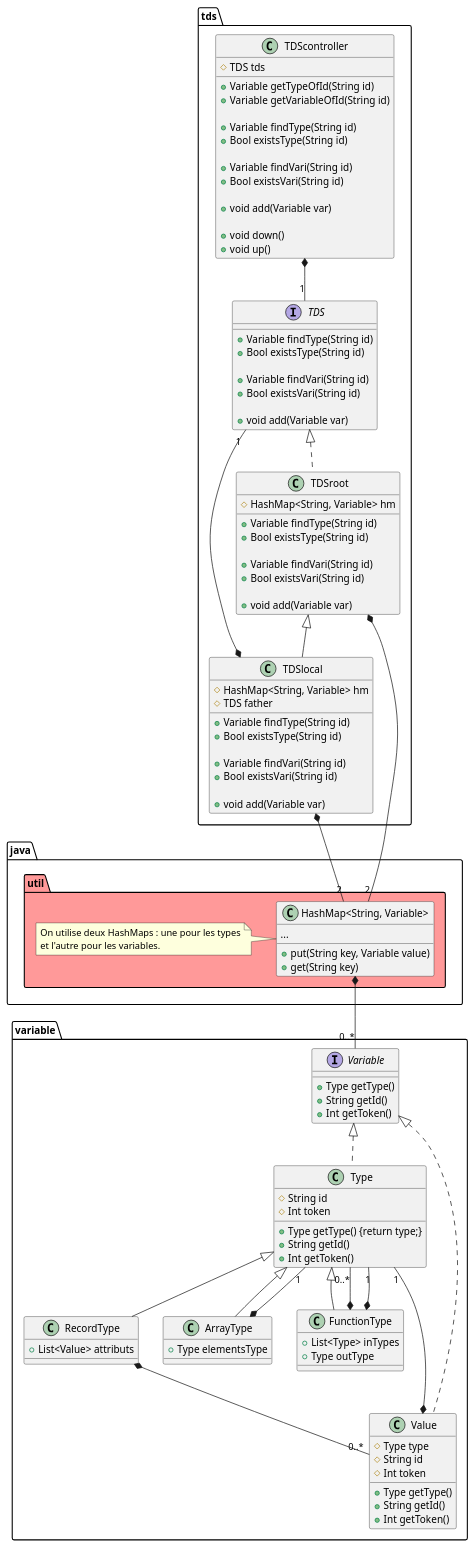
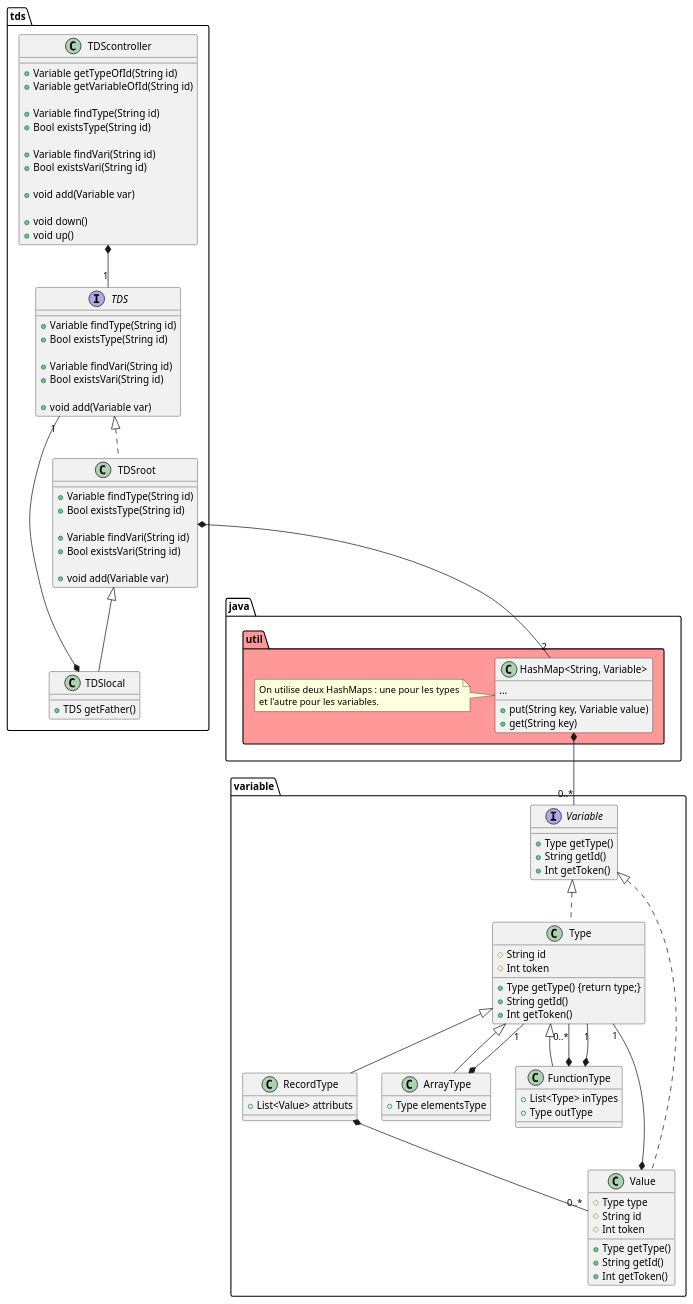
The diagram in AntlrMavenProject/chaoscompiler/src/main/java/eu/tn/chaoscompiler/tdstool/README.figures/TDS.puml (Tiger-compiler-team-2023/tiger-compiler), drawn with PlantUML before and after one commit. The commit also changed 1 other file, not shown here.

Commit message:
[FIX] Clarification sur le diagramme de classes

```diff
--- a/AntlrMavenProject/chaoscompiler/src/main/java/eu/tn/chaoscompiler/tdstool/README.figures/TDS.puml
+++ b/AntlrMavenProject/chaoscompiler/src/main/java/eu/tn/chaoscompiler/tdstool/README.figures/TDS.puml
@@ -1,117 +1,106 @@
 @startuml
 
 package tds {
 
   class TDScontroller {
-    #TDS tds
     +Variable getTypeOfId(String id)
     +Variable getVariableOfId(String id)
 
     +Variable findType(String id)
     +Bool existsType(String id)
 
     +Variable findVari(String id)
     +Bool existsVari(String id)
 
     +void add(Variable var)
 
     +void down()
     +void up()
   }
 
   interface TDS {
     +Variable findType(String id)
     +Bool existsType(String id)
 
     +Variable findVari(String id)
     +Bool existsVari(String id)
 
     +void add(Variable var)
   }
 
   class TDSroot implements TDS {
-    #HashMap<String, Variable> hm
     +Variable findType(String id)
     +Bool existsType(String id)
 
     +Variable findVari(String id)
     +Bool existsVari(String id)
     
     +void add(Variable var)
   }
 
   class TDSlocal extends TDSroot {
-    #HashMap<String, Variable> hm
-    #TDS father
-    +Variable findType(String id)
-    +Bool existsType(String id)
-
-    +Variable findVari(String id)
-    +Bool existsVari(String id)
-    
-    +void add(Variable var)
+    +TDS getFather()
   }
 }
 
 package variable {
 
   Interface Variable {
     +Type getType()
     +String getId()
     +Int getToken()
   }
 
   class Type implements Variable {
     #String id
     #Int token
 
     +Type getType() {return type;}
     +String getId()
     +Int getToken()
   }
 
   class RecordType extends Type {
     +List<Value> attributs
   }
 
   class ArrayType extends Type {
     +Type elementsType
   }
 
   class FunctionType extends Type {
     +List<Type> inTypes
     +Type outType
   }
 
   class Value implements Variable {
     #Type type
     #String id
     #Int token
 
     +Type getType()
     +String getId()
     +Int getToken()
   }
 }
 
 package java.util #ff9999 {
   class "HashMap<String, Variable>"
   note left: On utilise deux HashMaps : une pour les types\net l'autre pour les variables.
   class "HashMap<String, Variable>" {
     ...
     +put(String key, Variable value)
     +get(String key)
   }
 }
 
 TDScontroller *--"1" TDS
 TDSlocal *--"1" TDS
-TDSlocal *--"2" "HashMap<String, Variable>"
 TDSroot *--"2" "HashMap<String, Variable>"
 "HashMap<String, Variable>" *--"0..*" Variable
 Value *--"1" Type
 RecordType *--"0..*" Value
 ArrayType *--"1" Type
 FunctionType *--"0..*" Type
 FunctionType *--"1" Type
 @enduml
```
